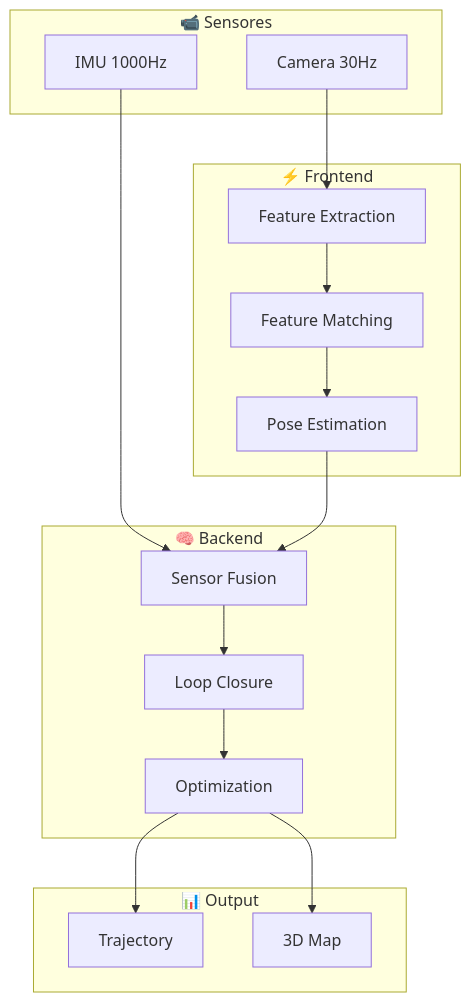
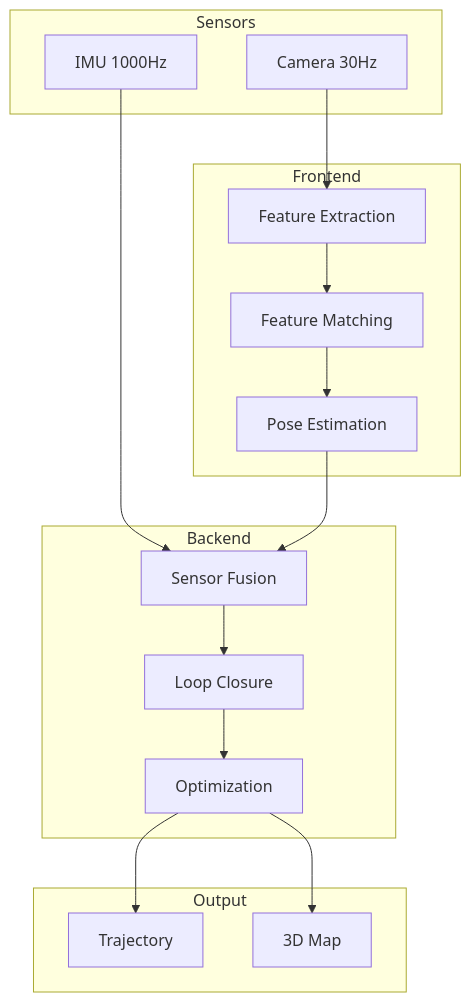
Before and after one commit to robertteleng/aria-slam: the second of 10 diagrams in README.md, drawn with Mermaid. The commit also changed other lines of this file, not shown here.

````diff
--- a/README.md
+++ b/README.md
@@ -77,32 +77,32 @@
 ```mermaid
 flowchart TD
-    subgraph Sensores["📹 Sensores"]
+    subgraph Sensors["Sensors"]
         CAM[Camera 30Hz]
         IMU[IMU 1000Hz]
     end
-    
-    subgraph Frontend["⚡ Frontend"]
+
+    subgraph Frontend["Frontend"]
         FE[Feature Extraction]
         FM[Feature Matching]
         PE[Pose Estimation]
     end
-    
-    subgraph Backend["🧠 Backend"]
+
+    subgraph Backend["Backend"]
         SF[Sensor Fusion]
         LC[Loop Closure]
         OPT[Optimization]
     end
-    
-    subgraph Output["📊 Output"]
+
+    subgraph Output["Output"]
         TRAJ[Trajectory]
         MAP[3D Map]
     end
-    
+
     CAM --> FE --> FM --> PE
     IMU --> SF
     PE --> SF
     SF --> LC
     LC --> OPT
     OPT --> TRAJ
     OPT --> MAP
 ```
````
